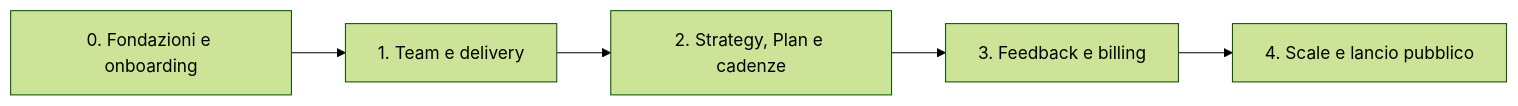
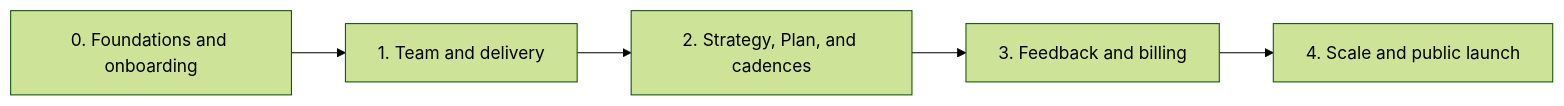
Before and after one commit to TommyBez/branderize-cmo: the diagram in docs/IMPLEMENTATION_PLAN.md, drawn with Mermaid (forest theme). The commit also changed other lines of this file and 1 other file, not shown here.

Commit message:
docs: revise end-to-end implementation plan

````diff
--- a/docs/IMPLEMENTATION_PLAN.md
+++ b/docs/IMPLEMENTATION_PLAN.md
@@ -200,7 +231,7 @@
 ```mermaid
 flowchart LR
-  P0["0. Fondazioni e onboarding"] --> P1["1. Team e delivery"]
-  P1 --> P2["2. Strategy, Plan e cadenze"]
-  P2 --> P3["3. Feedback e billing"]
-  P3 --> P4["4. Scale e lancio pubblico"]
+  P0["0. Foundations and onboarding"] --> P1["1. Team and delivery"]
+  P1 --> P2["2. Strategy, Plan, and cadences"]
+  P2 --> P3["3. Feedback and billing"]
+  P3 --> P4["4. Scale and public launch"]
 ```
````
